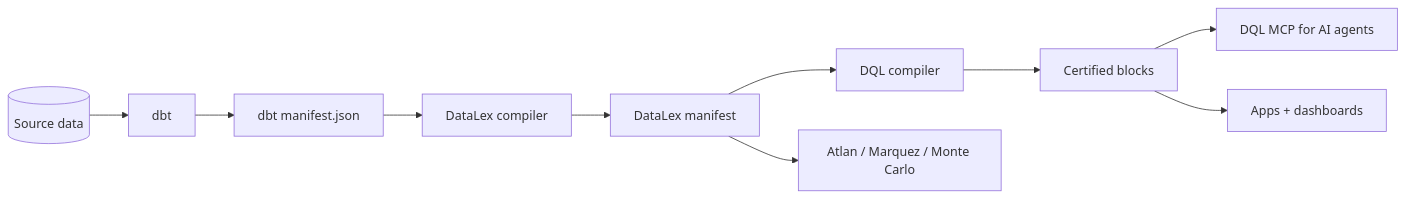
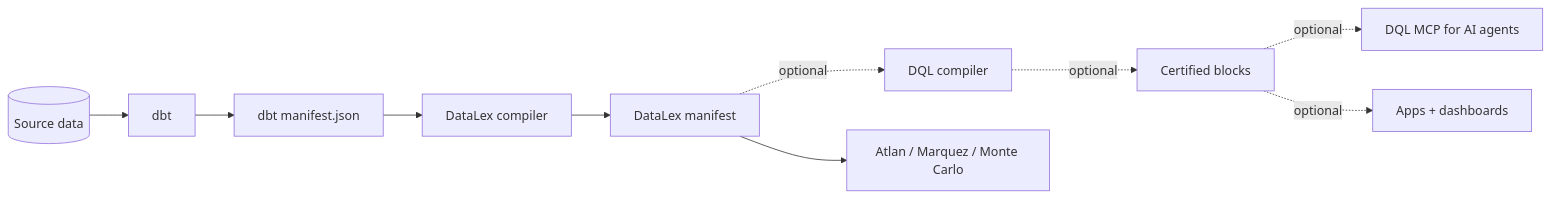
One commit to duckcode-ai/DataLex changed the diagram in docs/index.md. Above: the diagram before and after it, drawn with Mermaid. The commit also changed other lines of this file and 32 other files, not shown here.

````diff
--- a/docs/index.md
+++ b/docs/index.md
@@ -94,12 +96,12 @@
 ```mermaid
 flowchart LR
     Source[(Source data)] --> dbt
     dbt --> Manifest[dbt manifest.json]
     Manifest --> DataLex[DataLex compiler]
     DataLex --> ContractsManifest[DataLex manifest]
-    ContractsManifest --> DQL[DQL compiler]
-    DQL --> Blocks[Certified blocks]
-    Blocks --> MCP[DQL MCP for AI agents]
-    Blocks --> Apps[Apps + dashboards]
+    ContractsManifest -. optional .-> DQL[DQL compiler]
+    DQL -. optional .-> Blocks[Certified blocks]
+    Blocks -. optional .-> MCP[DQL MCP for AI agents]
+    Blocks -. optional .-> Apps[Apps + dashboards]
     ContractsManifest --> Catalog[Atlan / Marquez / Monte Carlo]
 ```
````
